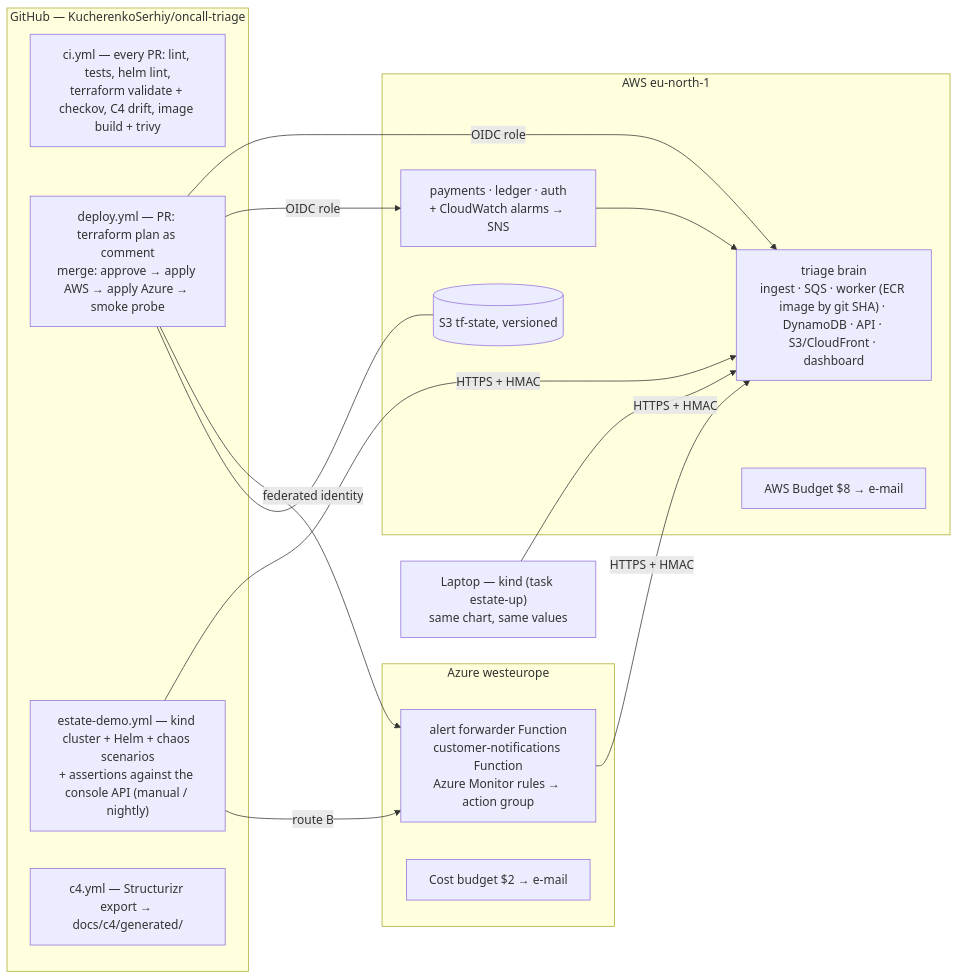
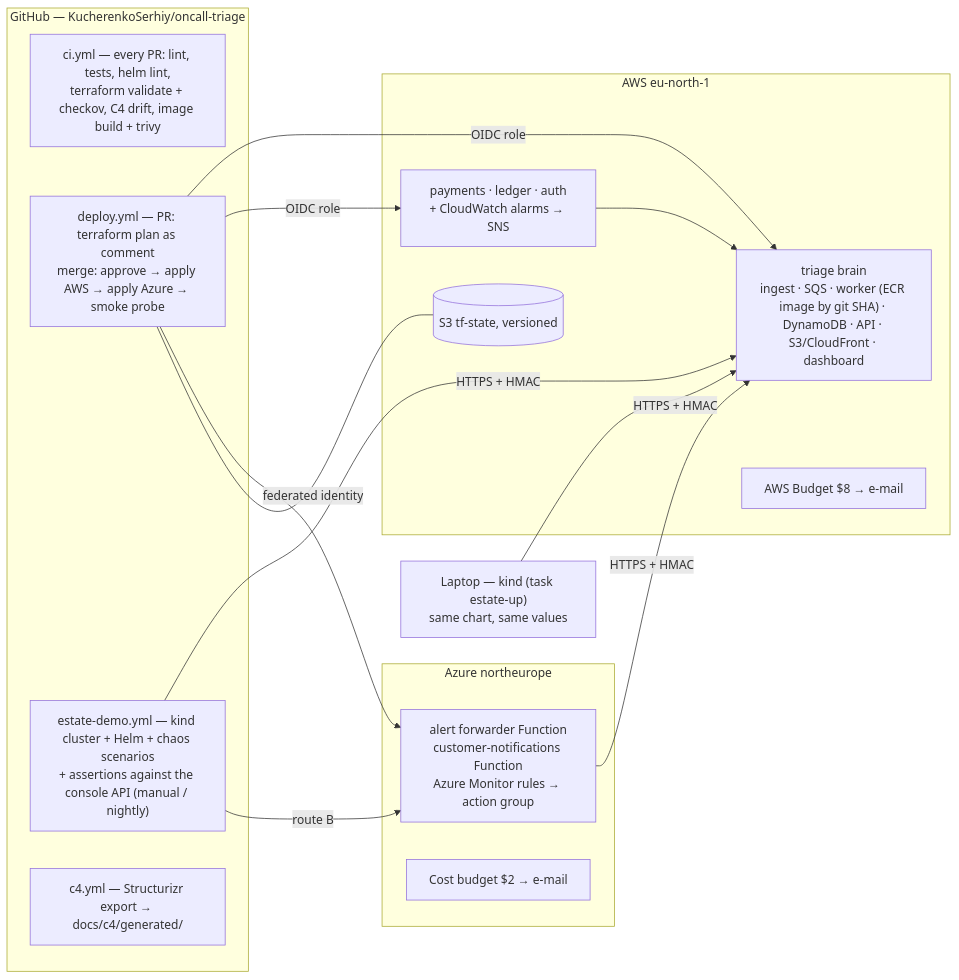
The fourth of 5 diagrams in docs/DESIGN.md (KucherenkoSerhiy/oncall-triage), drawn with Mermaid before and after one commit. The commit also changed other lines of this file and 7 other files, not shown here.

First line of the commit message:
fix(infra-azure): workloads in northeurope - westeurope refuses new resources on this subscription (ADR 0005 amendment) (#53)

````diff
--- a/docs/DESIGN.md
+++ b/docs/DESIGN.md
@@ -271,28 +271,28 @@
 ```mermaid
 flowchart LR
   subgraph GH["GitHub — KucherenkoSerhiy/oncall-triage"]
     CI["ci.yml — every PR: lint, tests, helm lint,<br/>terraform validate + checkov, C4 drift, image build + trivy"]
     CD["deploy.yml — PR: terraform plan as comment<br/>merge: approve → apply AWS → apply Azure → smoke probe"]
     DEMO["estate-demo.yml — kind cluster + Helm + chaos scenarios<br/>+ assertions against the console API (manual / nightly)"]
     C4["c4.yml — Structurizr export → docs/c4/generated/"]
   end
   subgraph AWS["AWS eu-north-1"]
     TFS[("S3 tf-state, versioned")]
     BRAIN["triage brain<br/>ingest · SQS · worker (ECR image by git SHA) · DynamoDB · API · S3/CloudFront · dashboard"]
     SVCA["payments · ledger · auth<br/>+ CloudWatch alarms → SNS"]
     BUD["AWS Budget $8 → e-mail"]
   end
-  subgraph AZ["Azure westeurope"]
+  subgraph AZ["Azure northeurope"]
     FWD["alert forwarder Function<br/>customer-notifications Function<br/>Azure Monitor rules → action group"]
     BUDZ["Cost budget $2 → e-mail"]
   end
   LAP["Laptop — kind (task estate-up)<br/>same chart, same values"]
   CD -->|OIDC role| BRAIN & SVCA
   CD -->|federated identity| FWD
   CD --- TFS
   DEMO -->|HTTPS + HMAC| BRAIN
   DEMO -->|route B| FWD
   LAP -->|HTTPS + HMAC| BRAIN
   FWD -->|HTTPS + HMAC| BRAIN
   SVCA --> BRAIN
 ```
````
